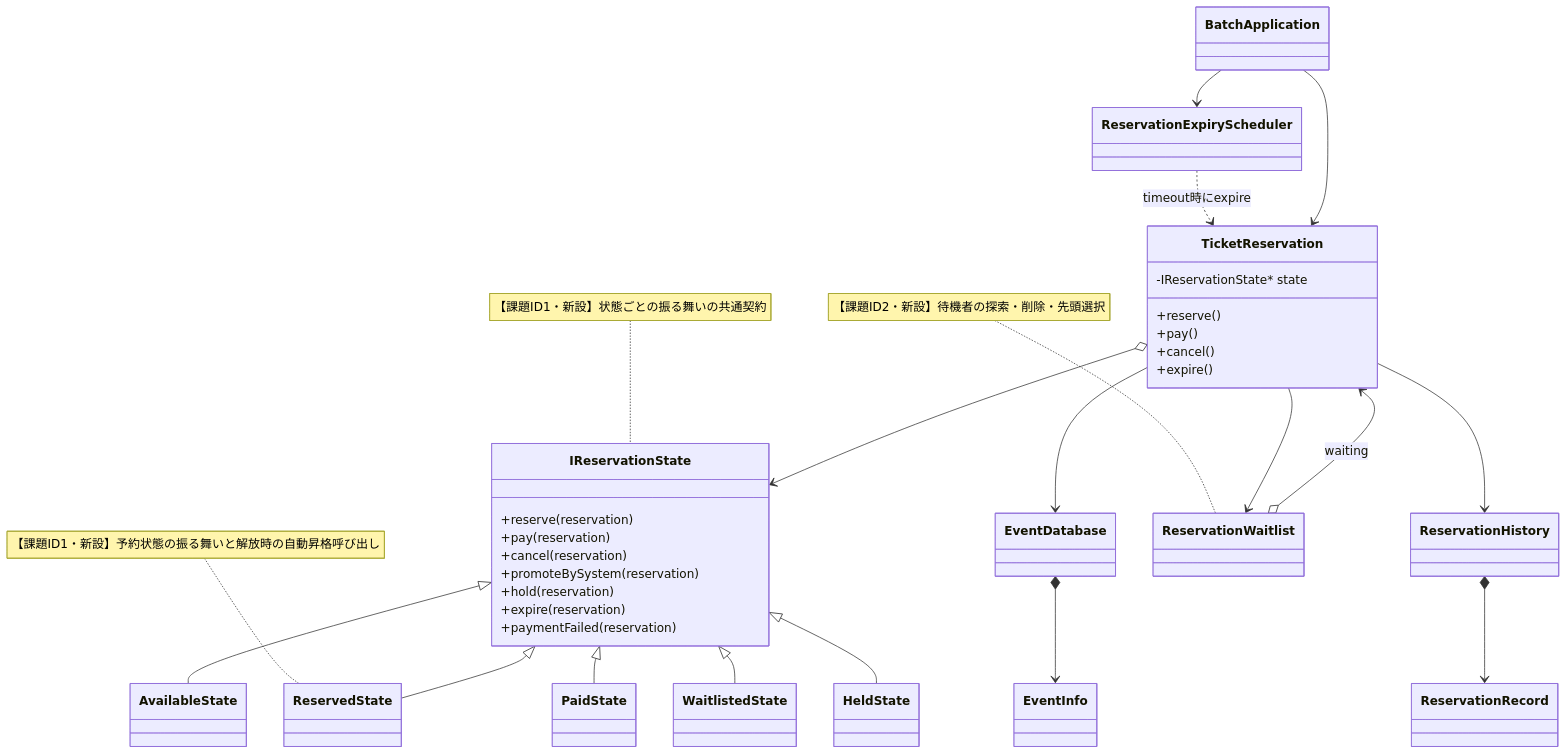
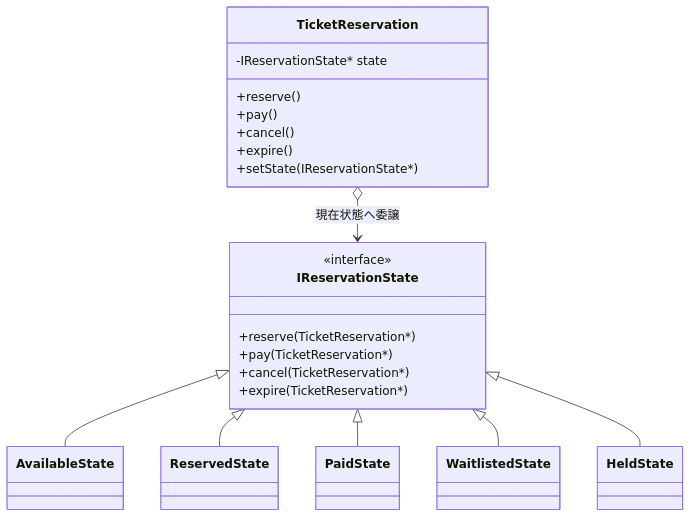
One commit to kumachan1101-pixel/DesignPattern changed the tenth of 18 diagrams in kindle/design-patterns/books/volume01-core-patterns/output/chapter02.md. Above: the diagram before and after it, drawn with Mermaid. The commit also changed other lines of this file and 8 other files, not shown here.

````diff
--- a/kindle/design-patterns/books/volume01-core-patterns/output/chapter02.md
+++ b/kindle/design-patterns/books/volume01-core-patterns/output/chapter02.md
@@ -1861,53 +2082,30 @@
 ```mermaid
 classDiagram
+    direction TB
     class TicketReservation {
         -IReservationState* state
         +reserve()
         +pay()
         +cancel()
         +expire()
+        +setState(IReservationState*)
     }
     class IReservationState {
-        +reserve(reservation)
-        +pay(reservation)
-        +cancel(reservation)
-        +promoteBySystem(reservation)
-        +hold(reservation)
-        +expire(reservation)
-        +paymentFailed(reservation)
+        <<interface>>
+        +reserve(TicketReservation*)
+        +pay(TicketReservation*)
+        +cancel(TicketReservation*)
+        +expire(TicketReservation*)
     }
-    class EventInfo
-    class ReservationRecord
-    class EventDatabase
-    class ReservationHistory
-    class ReservationWaitlist
     class AvailableState
     class ReservedState
     class PaidState
     class WaitlistedState
     class HeldState
-    class ReservationExpiryScheduler
-    class BatchApplication
-    TicketReservation o--> IReservationState
-    TicketReservation --> EventDatabase
-    TicketReservation --> ReservationHistory
-    TicketReservation --> ReservationWaitlist
-    ReservationWaitlist o--> TicketReservation : waiting
-    EventDatabase *--> EventInfo
-    ReservationHistory *--> ReservationRecord
+    TicketReservation o--> IReservationState : 現在状態へ委譲
     IReservationState <|-- AvailableState
     IReservationState <|-- ReservedState
     IReservationState <|-- PaidState
     IReservationState <|-- WaitlistedState
     IReservationState <|-- HeldState
-    ReservationExpiryScheduler ..> TicketReservation : timeout時にexpire
-    BatchApplication --> TicketReservation
-    BatchApplication --> ReservationExpiryScheduler
-
-    note for IReservationState "【課題ID1・新設】状態ごとの振る舞いの共通契約"
-    note for ReservedState "【課題ID1・新設】予約状態の振る舞いと解放時の自動昇格呼び出し"
-    note for ReservationWaitlist "【課題ID2・新設】待機者の探索・削除・先頭選択"
-
-    classDef focus fill:#FFF2CC,stroke:#D6B656,stroke-width:2px,color:#222222
-    cssClass "IReservationState,AvailableState,ReservedState,PaidState,WaitlistedState,HeldState,ReservationWaitlist,ReservationExpiryScheduler" focus
 ```
````
